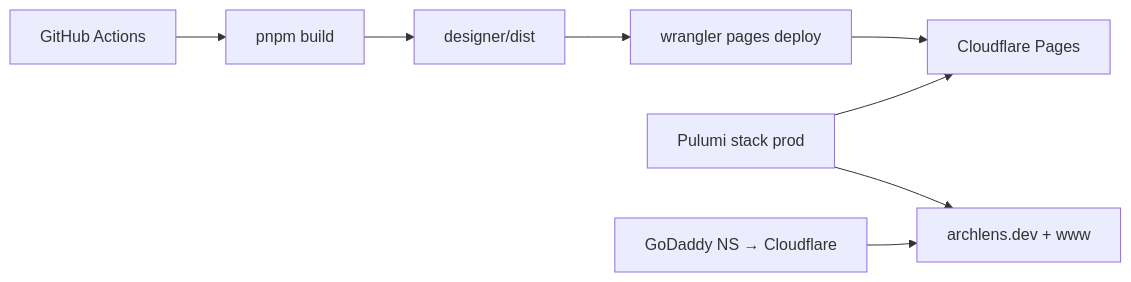
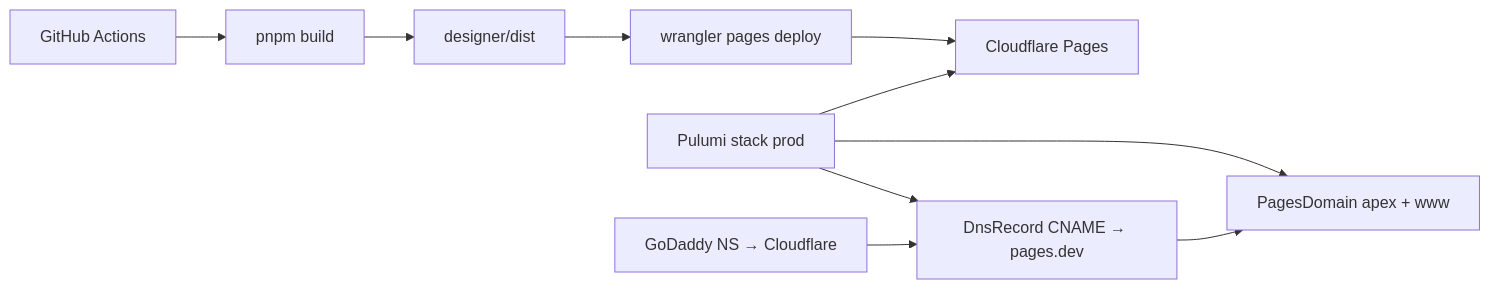
The diagram in docs/ADRs/0009-cloudflare-pages-static-hosting.md (mzworthington/archlens), drawn with Mermaid before and after one commit. The commit also changed other lines of this file and 4 other files, not shown here.

First line of the commit message:
feat(infra): manage archlens.dev DNS via Pulumi (#50)

````diff
--- a/docs/ADRs/0009-cloudflare-pages-static-hosting.md
+++ b/docs/ADRs/0009-cloudflare-pages-static-hosting.md
@@ -40,10 +40,12 @@
 ```mermaid
 flowchart LR
   GHA[GitHub Actions] --> Build[pnpm build]
   Build --> Dist[designer/dist]
   Dist --> Wrangler[wrangler pages deploy]
   Wrangler --> CFP[Cloudflare Pages]
   Pulumi[Pulumi stack prod] --> CFP
-  Pulumi --> Domains[archlens.dev + www]
-  DNS[GoDaddy NS → Cloudflare] --> Domains
+  Pulumi --> Domains[PagesDomain apex + www]
+  Pulumi --> DnsRec[DnsRecord CNAME → pages.dev]
+  DNS[GoDaddy NS → Cloudflare] --> DnsRec
+  DnsRec --> Domains
 ```
````
